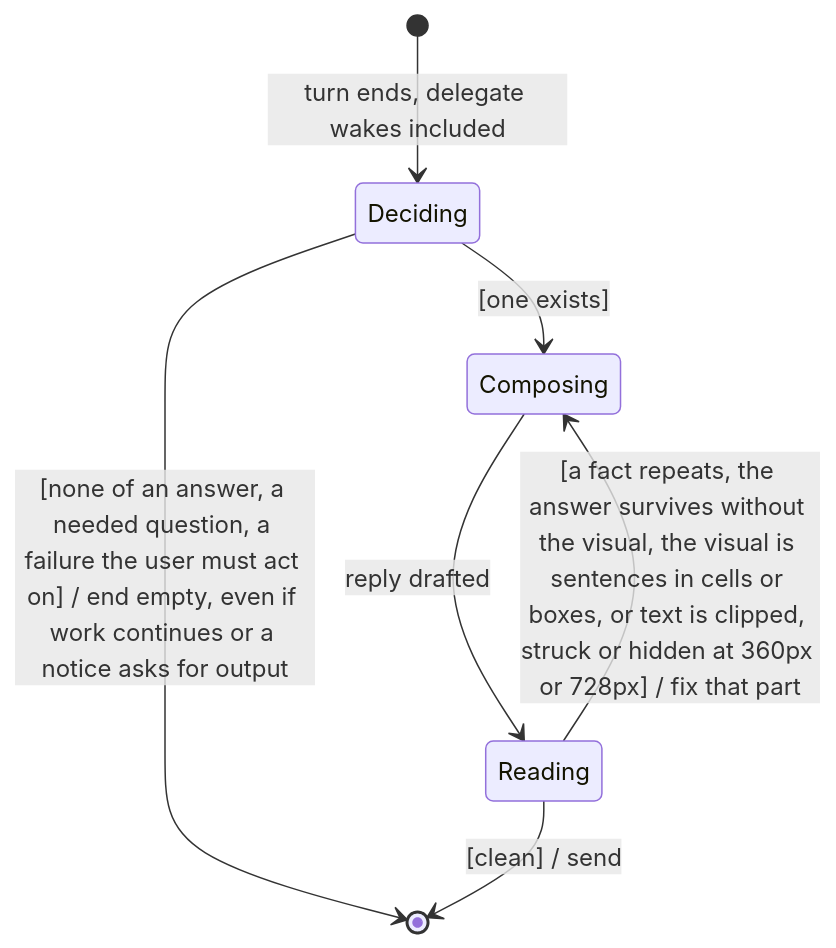
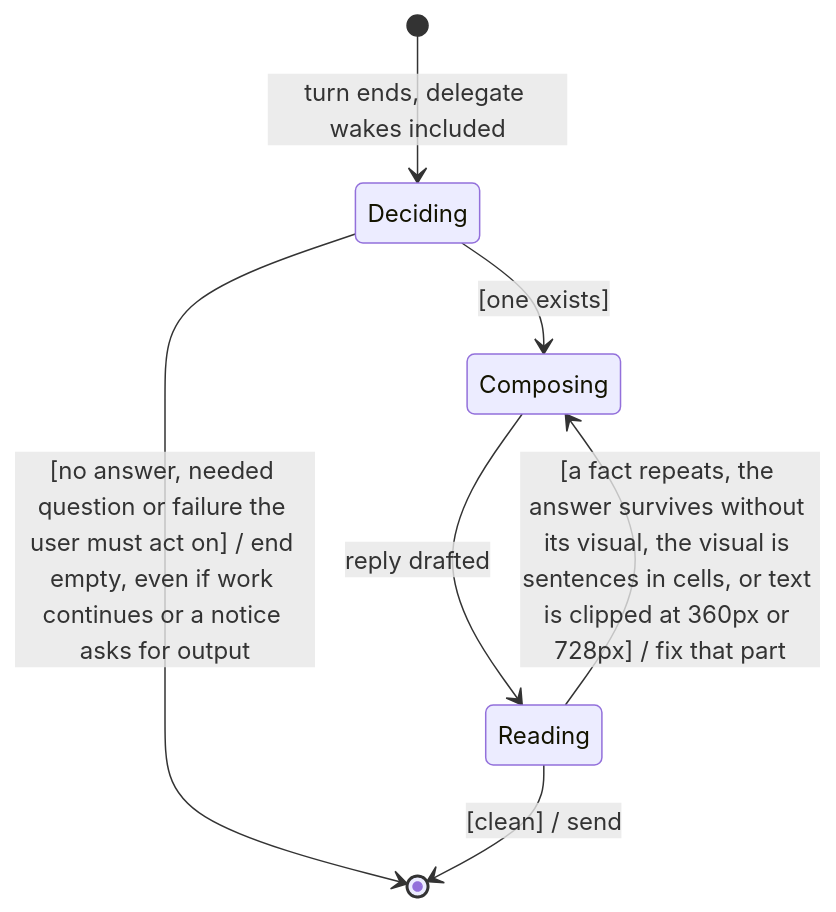
The diagram in .claude/agents/pair.md (MP281X/deslop), drawn with Mermaid before and after one commit. The commit also changed other lines of this file and 6 other files, not shown here.

````diff
--- a/.claude/agents/pair.md
+++ b/.claude/agents/pair.md
@@ -32,9 +41,9 @@
 ```mermaid
 stateDiagram-v2
     [*] --> Deciding : turn ends, delegate wakes included
-    Deciding --> [*] : [none of an answer, a needed question, a failure the user must act on] / end empty, even if work continues or a notice asks for output
+    Deciding --> [*] : [no answer, needed question or failure the user must act on] / end empty, even if work continues or a notice asks for output
     Deciding --> Composing : [one exists]
     Composing --> Reading : reply drafted
-    Reading --> Composing : [a fact repeats, the answer survives without the visual, the visual is sentences in cells or boxes, or text is clipped, struck or hidden at 360px or 728px] / fix that part
+    Reading --> Composing : [a fact repeats, the answer survives without its visual, the visual is sentences in cells, or text is clipped at 360px or 728px] / fix that part
     Reading --> [*] : [clean] / send
 ```
````
